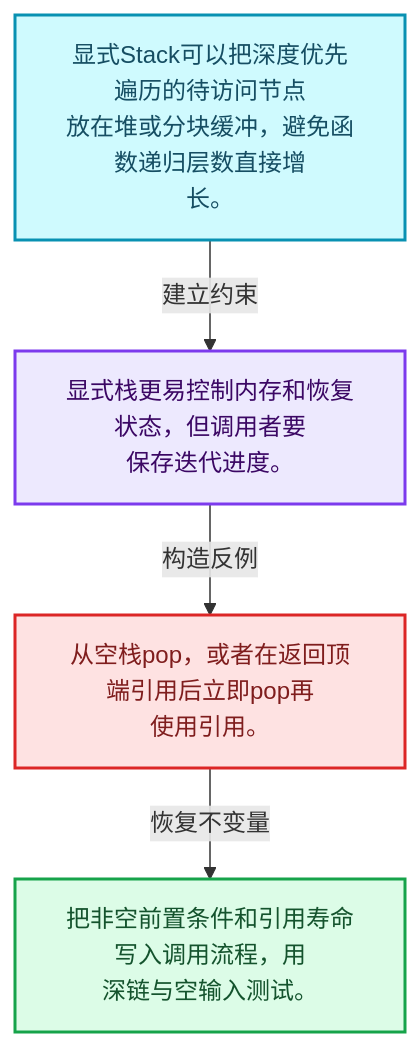
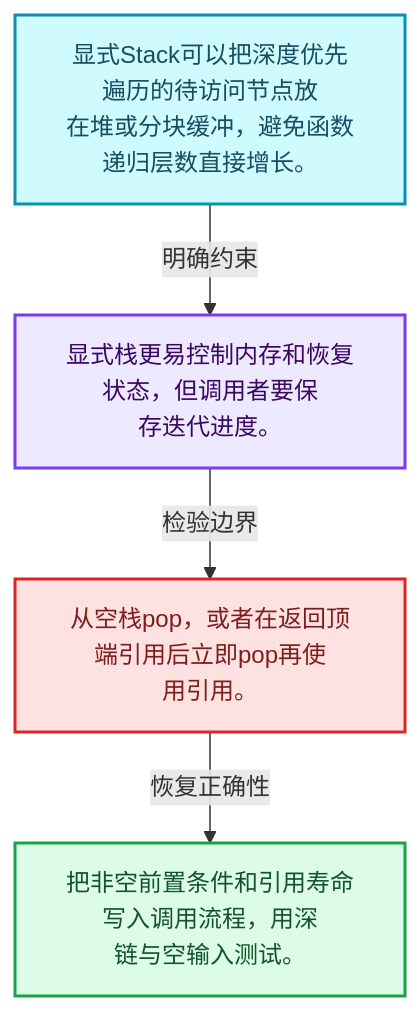
The first of 4 diagrams in 杂/markdown/全面学习-codex/01-基础容器与现代CPP/13-Stack与栈接口.md (yunkezengren/blender-.vscode), drawn with Mermaid before and after one commit. The commit also changed other lines of this file and 1930 other files, not shown here.

````diff
--- a/杂/markdown/全面学习-codex/01-基础容器与现代CPP/13-Stack与栈接口.md
+++ b/杂/markdown/全面学习-codex/01-基础容器与现代CPP/13-Stack与栈接口.md
@@ -29,16 +29,16 @@
 ```mermaid
 flowchart TB
-  M["显式Stack可以把深度优先遍历的待访问节点<br/>放在堆或分块缓冲，避免函数递归层数直接增<br/>长。"]:::data
-  T["显式栈更易控制内存和恢复状态，但调用者要<br/>保存迭代进度。"]:::abstraction
-  X["从空栈pop，或者在返回顶端引用后立即pop再<br/>使用引用。"]:::error
-  A["把非空前置条件和引用寿命写入调用流程，用<br/>深链与空输入测试。"]:::result
-  M -->|"建立约束"| T
-  T -->|"构造反例"| X
-  X -->|"恢复不变量"| A
+  M["显式Stack可以把深度优先遍历的待访问节点放<br/>在堆或分块缓冲，避免函数递归层数直接增长。"]:::data
+  C["显式栈更易控制内存和恢复状态，但调用者要保<br/>存迭代进度。"]:::abstraction
+  B["从空栈pop，或者在返回顶端引用后立即pop再使<br/>用引用。"]:::error
+  R["把非空前置条件和引用寿命写入调用流程，用深<br/>链与空输入测试。"]:::result
+  M -->|"明确约束"| C
+  C -->|"检验边界"| B
+  B -->|"恢复正确性"| R
   classDef input fill:#DBEAFE,stroke:#2563EB,color:#172554,stroke-width:2px;
   classDef data fill:#CFFAFE,stroke:#0891B2,color:#164E63,stroke-width:2px;
   classDef abstraction fill:#EDE9FE,stroke:#7C3AED,color:#3B0764,stroke-width:2px;
   classDef compute fill:#FEF3C7,stroke:#D97706,color:#78350F,stroke-width:2px;
   classDef result fill:#DCFCE7,stroke:#16A34A,color:#14532D,stroke-width:2px;
   classDef error fill:#FEE2E2,stroke:#DC2626,color:#7F1D1D,stroke-width:2px;
 ```
````
